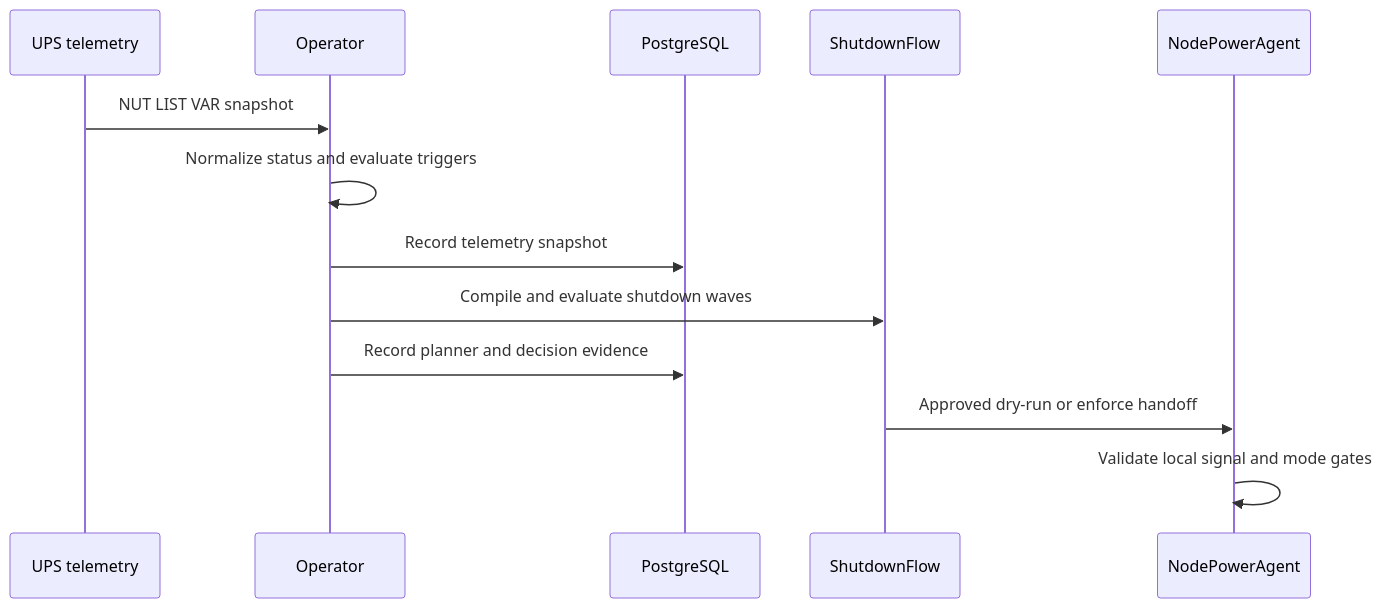
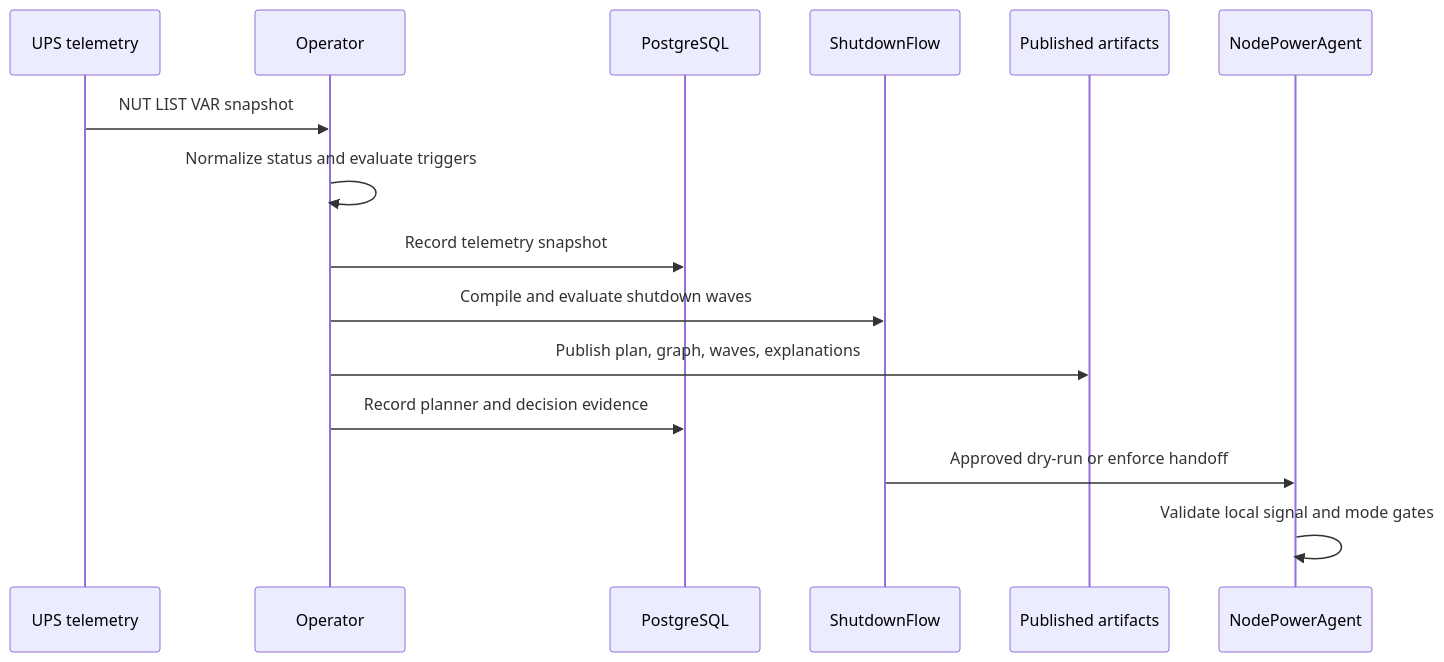
One commit to MichaelZalud18/nut-operator changed the second of 2 diagrams in docs/architecture.md. Above: the diagram before and after it, drawn with Mermaid. The commit also changed other lines of this file and 13 other files, not shown here.

````diff
--- a/docs/architecture.md
+++ b/docs/architecture.md
@@ -110,16 +142,18 @@
 ```mermaid
 sequenceDiagram
   participant UPS as UPS telemetry
   participant Op as Operator
   participant DB as PostgreSQL
   participant Flow as ShutdownFlow
+  participant Pub as Published artifacts
   participant Agent as NodePowerAgent
 
   UPS->>Op: NUT LIST VAR snapshot
   Op->>Op: Normalize status and evaluate triggers
   Op->>DB: Record telemetry snapshot
   Op->>Flow: Compile and evaluate shutdown waves
+  Op->>Pub: Publish plan, graph, waves, explanations
   Op->>DB: Record planner and decision evidence
   Flow->>Agent: Approved dry-run or enforce handoff
   Agent->>Agent: Validate local signal and mode gates
 ```
````
